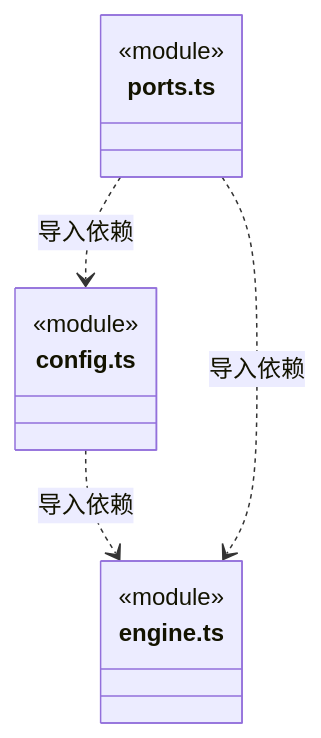
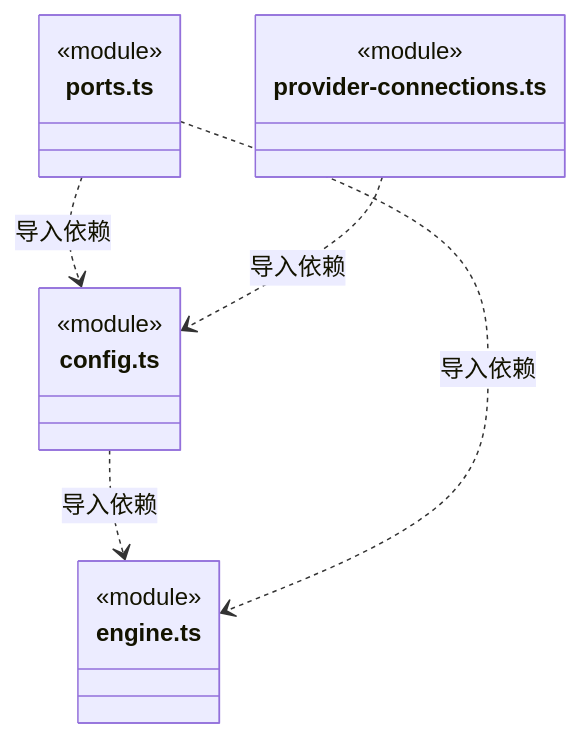
Diagram 13 of 14 in src/backend/core/models/ARCHITECTURE.md (nan023062/cbim), drawn with Mermaid before and after one commit. The commit also changed other lines of this file and 44 other files, not shown here.

````diff
--- a/src/backend/core/models/ARCHITECTURE.md
+++ b/src/backend/core/models/ARCHITECTURE.md
@@ -172,15 +254,19 @@
 ```mermaid
 classDiagram
 class N_src_backend_core_models_config_ts["config.ts"] {
   <<module>>
 }
 class N_src_backend_core_models_engine_ts["engine.ts"] {
   <<module>>
 }
 class N_src_backend_core_models_ports_ts["ports.ts"] {
   <<module>>
 }
+class N_src_backend_core_models_provider_connections_ts["provider-connections.ts"] {
+  <<module>>
+}
 N_src_backend_core_models_config_ts ..> N_src_backend_core_models_engine_ts : 导入依赖
 N_src_backend_core_models_ports_ts ..> N_src_backend_core_models_config_ts : 导入依赖
 N_src_backend_core_models_ports_ts ..> N_src_backend_core_models_engine_ts : 导入依赖
+N_src_backend_core_models_provider_connections_ts ..> N_src_backend_core_models_config_ts : 导入依赖
 ```
````
